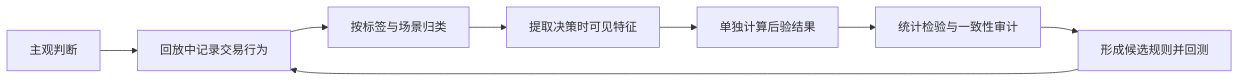
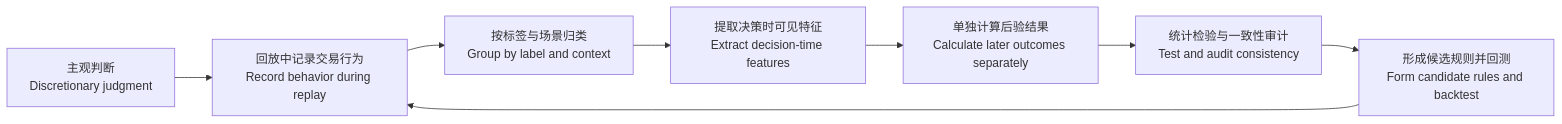
The diagram in README.md (Vinnnnnie21/quant-replay-collector), drawn with Mermaid before and after one commit. The commit also changed other lines of this file and 4 other files, not shown here.

````diff
--- a/README.md
+++ b/README.md
@@ -11,10 +19,10 @@
 ```mermaid
 flowchart LR
-    A[主观判断] --> B[回放中记录交易行为]
-    B --> C[按标签与场景归类]
-    C --> D[提取决策时可见特征]
-    D --> E[单独计算后验结果]
-    E --> F[统计检验与一致性审计]
-    F --> G[形成候选规则并回测]
+    A["主观判断<br/>Discretionary judgment"] --> B["回放中记录交易行为<br/>Record behavior during replay"]
+    B --> C["按标签与场景归类<br/>Group by label and context"]
+    C --> D["提取决策时可见特征<br/>Extract decision-time features"]
+    D --> E["单独计算后验结果<br/>Calculate later outcomes separately"]
+    E --> F["统计检验与一致性审计<br/>Test and audit consistency"]
+    F --> G["形成候选规则并回测<br/>Form candidate rules and backtest"]
     G --> B
 ```
````
